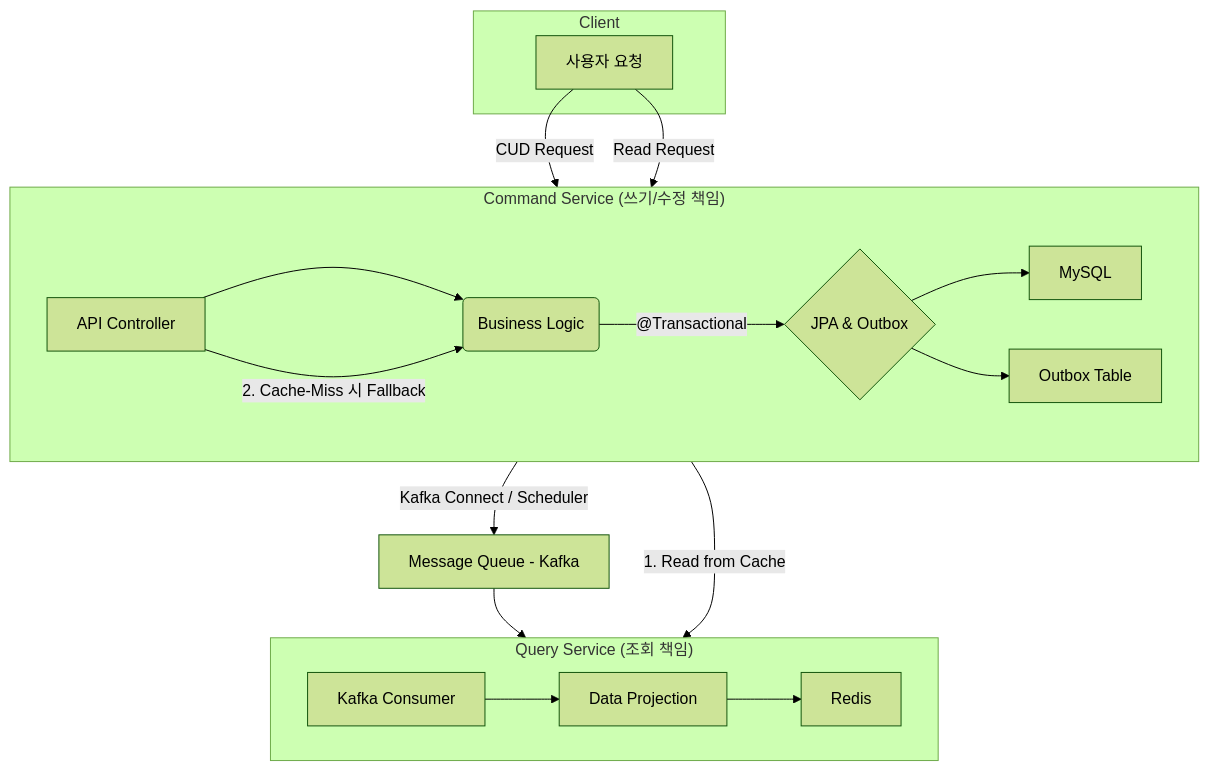
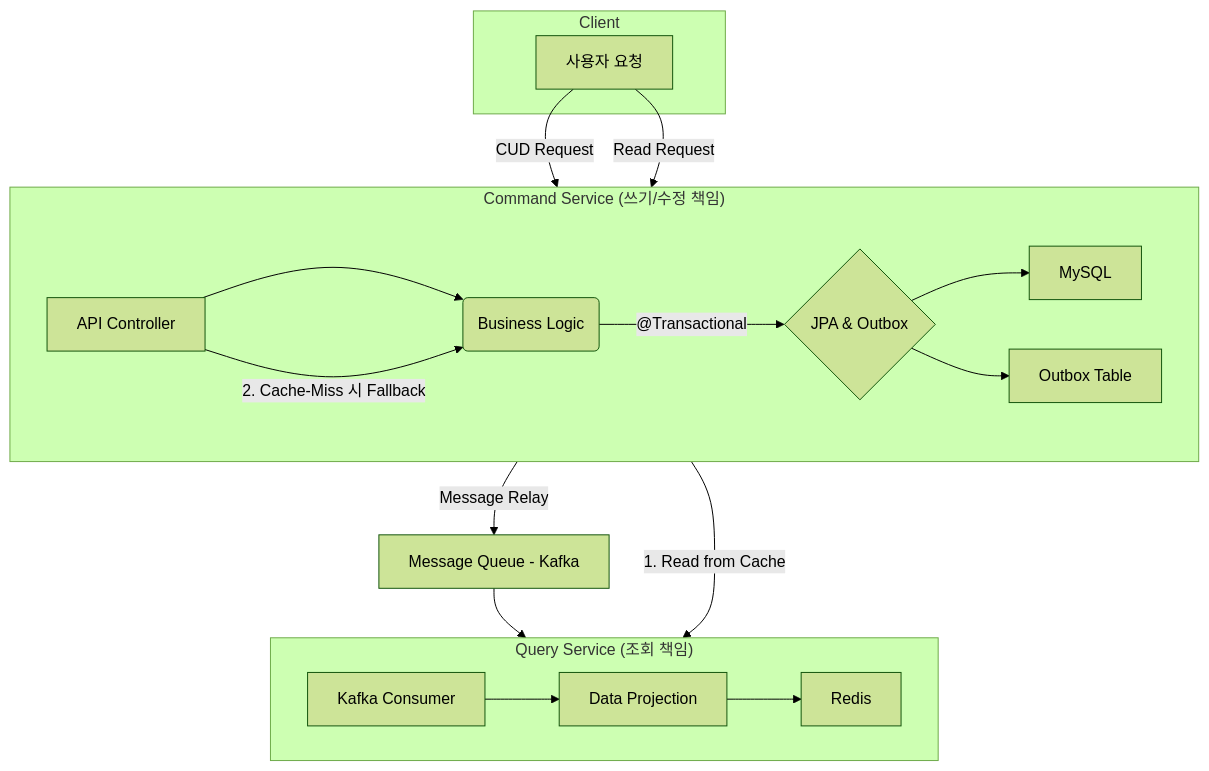
Before and after one commit to hyunho12/PookyBlog: the second of 3 diagrams in README.md, drawn with Mermaid (forest theme). The commit also changed other lines of this file, not shown here.

Commit message:
docs: add live demo, deployment architecture and interviewer guide

````diff
--- a/README.md
+++ b/README.md
@@ -53,42 +156,39 @@
 ```mermaid
 graph TD
-    %% 노드 정의
     subgraph Client
         UserRequest[사용자 요청]
     end
 
     subgraph "Command Service (쓰기/수정 책임)"
         direction LR
         A[API Controller]
         B(Business Logic)
         C{JPA & Outbox}
         D[MySQL]
         E[Outbox Table]
     end
 
     subgraph "Query Service (조회 책임)"
         direction LR
         G[Kafka Consumer]
         H[Data Projection]
         I[Redis]
     end
 
     F[Message Queue - Kafka]
 
-    %% 화살표 연결
     UserRequest -- "CUD Request" --> A
     A --> B
     B -- "@Transactional" --> C
     C --> D
     C --> E
 
-    E -- "Kafka Connect / Scheduler" --> F
+    E -- "Message Relay" --> F
     F --> G
     G --> H
     H --> I
 
     UserRequest -- "Read Request" --> A
     A -- "1. Read from Cache" --> I
     A -- "2. Cache-Miss 시 Fallback" --> B
-
 ```
````
